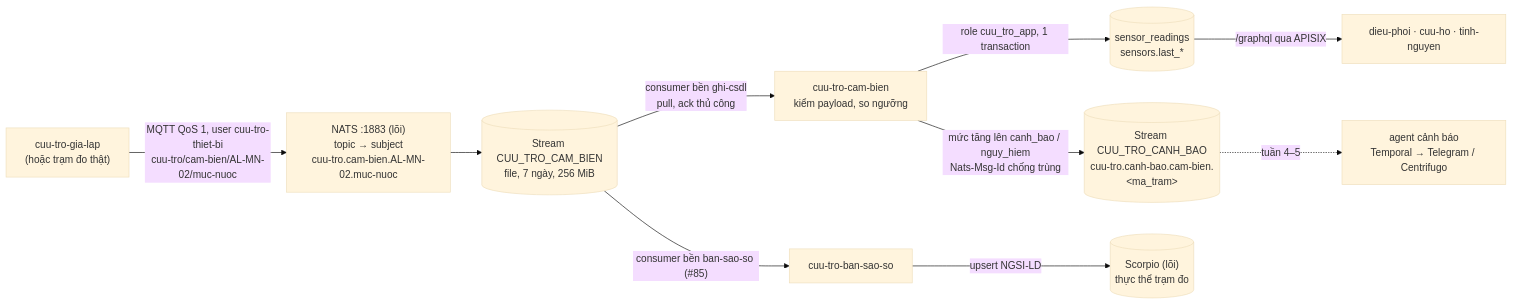
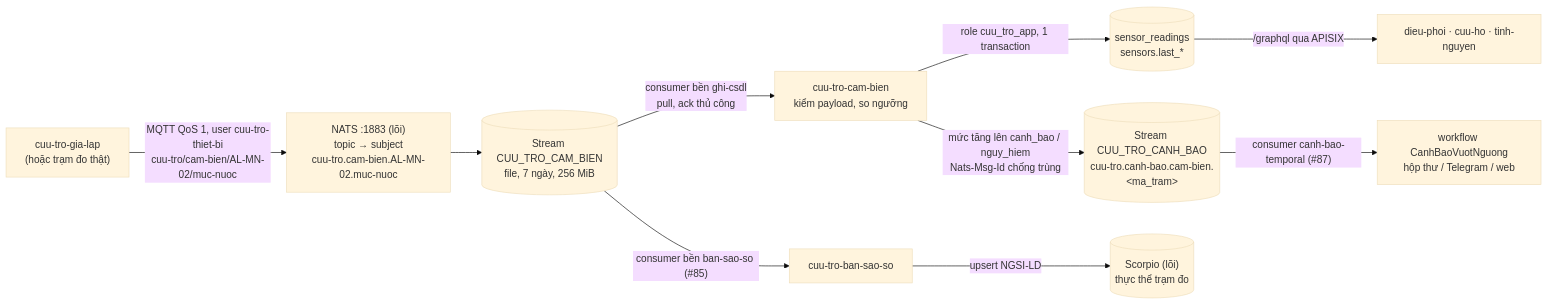
One commit to disaster-dxos/disaster-dxos changed the third of 3 diagrams in apps/cuu-tro/README.md. Above: the diagram before and after it, drawn with Mermaid (base theme). The commit also changed other lines of this file and 35 other files, not shown here.

````diff
--- a/apps/cuu-tro/README.md
+++ b/apps/cuu-tro/README.md
@@ -429,11 +429,11 @@
 ```mermaid
 flowchart LR
   gl["cuu-tro-gia-lap<br/>(hoặc trạm đo thật)"] -->|"MQTT QoS 1, user cuu-tro-thiet-bi<br/>cuu-tro/cam-bien/AL-MN-02/muc-nuoc"| nats["NATS :1883 (lõi)<br/>topic → subject<br/>cuu-tro.cam-bien.AL-MN-02.muc-nuoc"]
   nats --> st[("Stream CUU_TRO_CAM_BIEN<br/>file, 7 ngày, 256 MiB")]
   st -->|"consumer bền ghi-csdl<br/>pull, ack thủ công"| cs["cuu-tro-cam-bien<br/>kiểm payload, so ngưỡng"]
   cs -->|"role cuu_tro_app, 1 transaction"| db[("sensor_readings<br/>sensors.last_*")]
   cs -->|"mức tăng lên canh_bao / nguy_hiem<br/>Nats-Msg-Id chống trùng"| cb[("Stream CUU_TRO_CANH_BAO<br/>cuu-tro.canh-bao.cam-bien.&lt;ma_tram&gt;")]
-  cb -.->|"tuần 4–5"| ag["agent cảnh báo<br/>Temporal → Telegram / Centrifugo"]
+  cb -->|"consumer canh-bao-temporal (#87)"| ag["workflow CanhBaoVuotNguong<br/>hộp thư / Telegram / web"]
   st -->|"consumer bền ban-sao-so (#85)"| bs["cuu-tro-ban-sao-so"] -->|"upsert NGSI-LD"| sc[("Scorpio (lõi)<br/>thực thể trạm đo")]
   db -->|"/graphql qua APISIX"| ui["dieu-phoi · cuu-ho · tinh-nguyen"]
 ```
````
